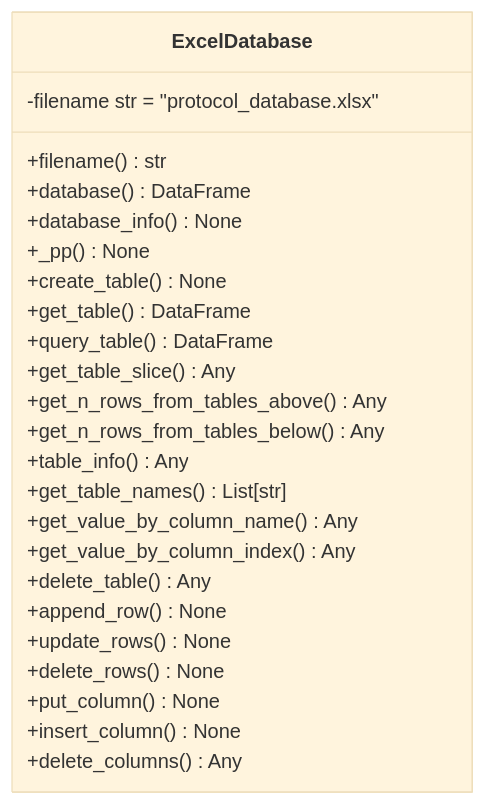
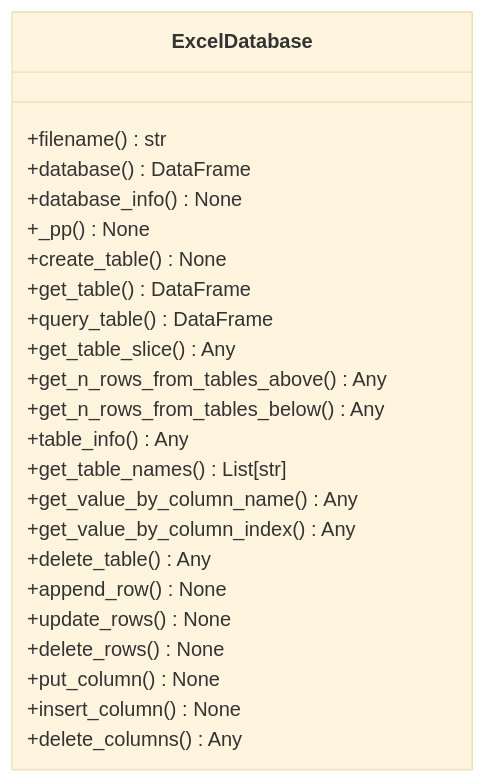
The diagram in test.md (kesler20/draw-uml-backend), drawn with Mermaid (base theme) before and after one commit.

````diff
--- a/test.md
+++ b/test.md
@@ -3,25 +3,24 @@
 ```mermaid
 classDiagram
-   ExcelDatabase : -filename  str = "protocol_database.xlsx"
    ExcelDatabase : +filename() str
    ExcelDatabase : +database() DataFrame
    ExcelDatabase : +database_info() None
    ExcelDatabase : +_pp() None
    ExcelDatabase : +create_table() None
    ExcelDatabase : +get_table() DataFrame
    ExcelDatabase : +query_table() DataFrame
    ExcelDatabase : +get_table_slice() Any
    ExcelDatabase : +get_n_rows_from_tables_above() Any
    ExcelDatabase : +get_n_rows_from_tables_below() Any
    ExcelDatabase : +table_info() Any
    ExcelDatabase : +get_table_names() List[str]
    ExcelDatabase : +get_value_by_column_name() Any
    ExcelDatabase : +get_value_by_column_index() Any
    ExcelDatabase : +delete_table() Any
    ExcelDatabase : +append_row() None
    ExcelDatabase : +update_rows() None
    ExcelDatabase : +delete_rows() None
    ExcelDatabase : +put_column() None
    ExcelDatabase : +insert_column() None
    ExcelDatabase : +delete_columns() Any
 ```
````
